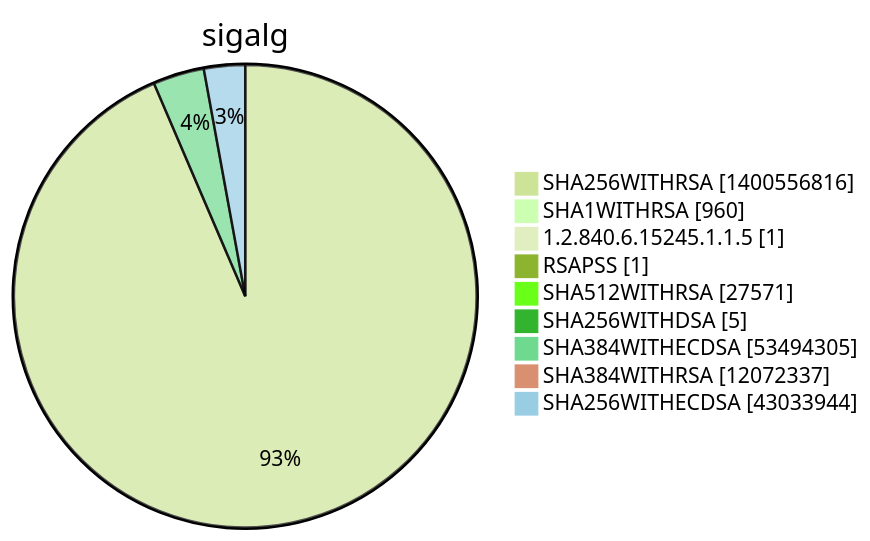
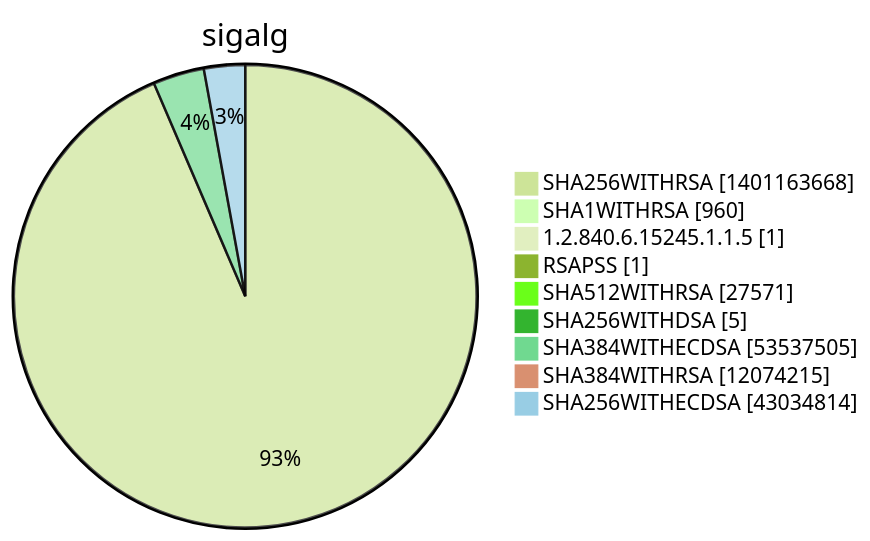
Diagram 15 of 15 in argon2022/README.md (christiankrug/ctmonitor_visualization), drawn with Mermaid (forest theme) before and after one commit. The commit also changed other lines of this file, not shown here.

````diff
--- a/argon2022/README.md
+++ b/argon2022/README.md
@@ -5524,13 +5524,13 @@
 ```mermaid
 pie showData
 title sigalg
-"SHA256WITHRSA" :1400556816
+"SHA256WITHRSA" :1401163668
 "SHA1WITHRSA" :960
 "1.2.840.6.15245.1.1.5" :1
 "RSAPSS" :1
 "SHA512WITHRSA" :27571
 "SHA256WITHDSA" :5
-"SHA384WITHECDSA" :53494305
-"SHA384WITHRSA" :12072337
-"SHA256WITHECDSA" :43033944
+"SHA384WITHECDSA" :53537505
+"SHA384WITHRSA" :12074215
+"SHA256WITHECDSA" :43034814
 ```
````
